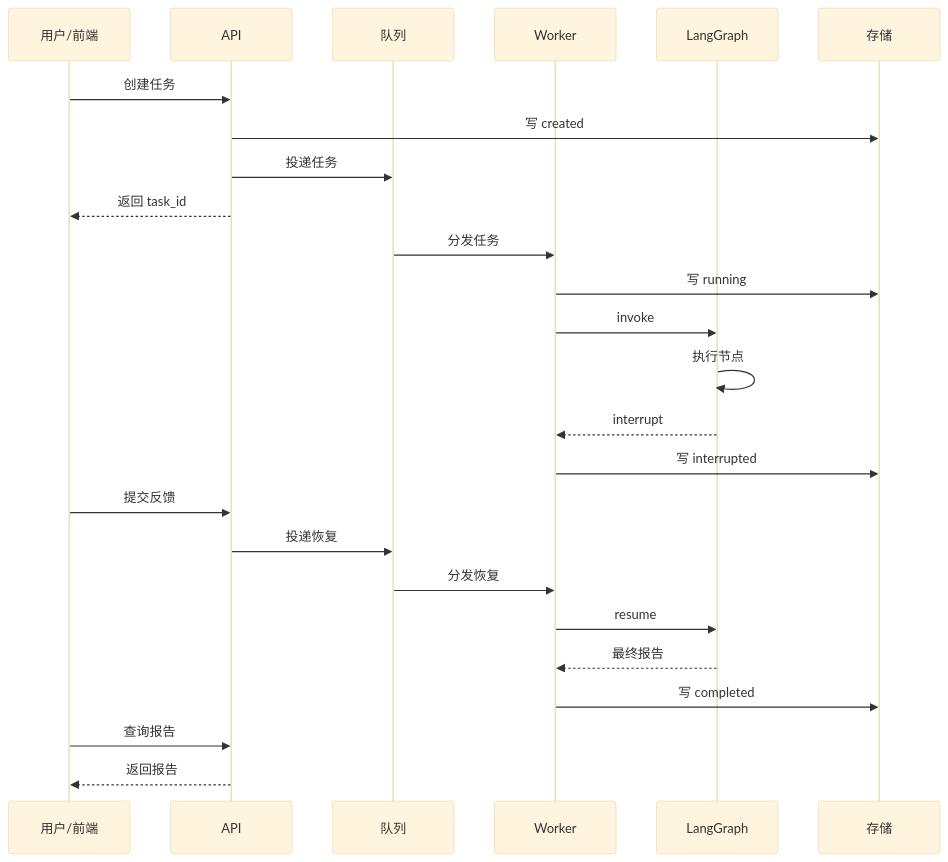
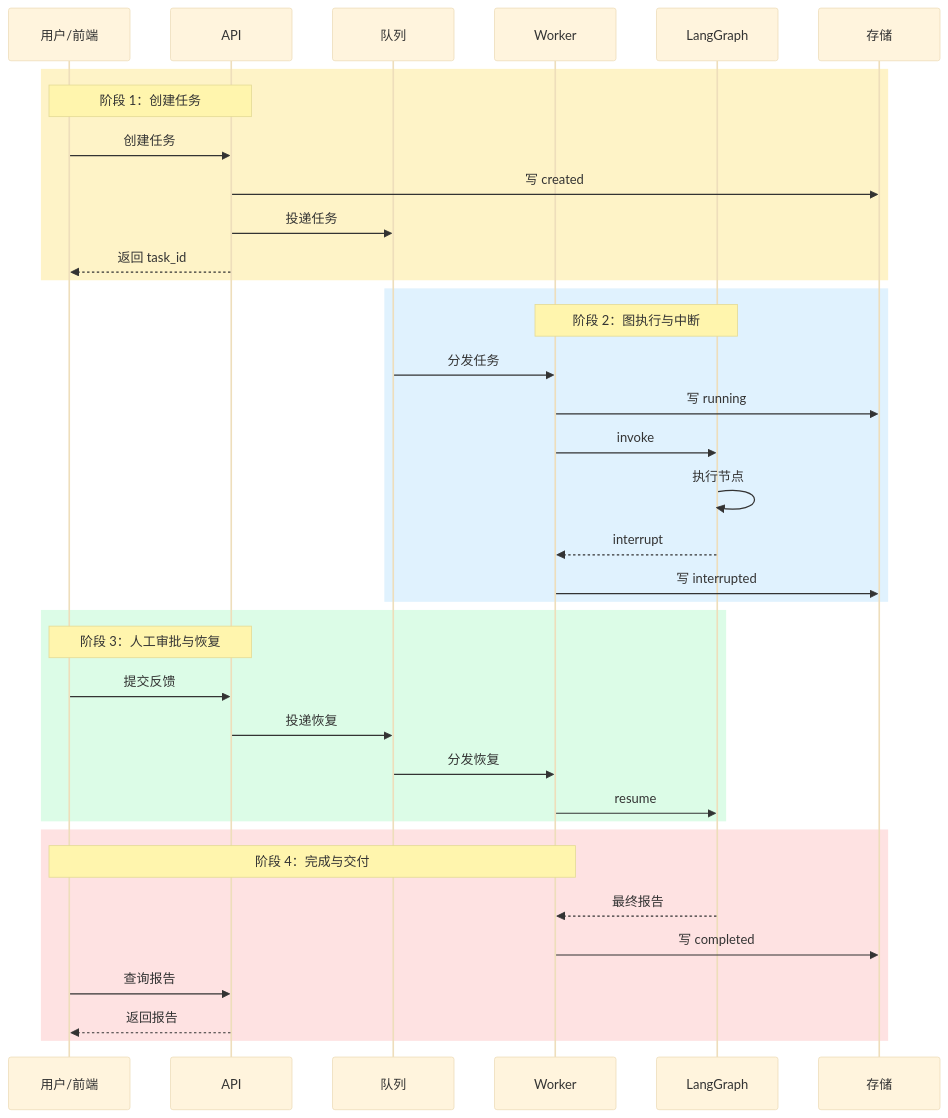
The eighth of 13 diagrams in ai-agent学习/06.LangGraph入门/16.LangGraph业务落地项目架构.md (sealzrt/2026-08--agent), drawn with Mermaid (base theme) before and after one commit. The commit also changed other lines of this file and 13 other files, not shown here.

````diff
--- a/ai-agent学习/06.LangGraph入门/16.LangGraph业务落地项目架构.md
+++ b/ai-agent学习/06.LangGraph入门/16.LangGraph业务落地项目架构.md
@@ -255,28 +294,43 @@
 ```mermaid
 sequenceDiagram
     participant U as 用户/前端
     participant A as API
     participant Q as 队列
     participant W as Worker
     participant G as LangGraph
     participant S as 存储
 
+    rect rgb(254, 243, 199)
+    Note over U,A: 阶段 1：创建任务
     U->>A: 创建任务
     A->>S: 写 created
     A->>Q: 投递任务
     A-->>U: 返回 task_id
+    end
+
+    rect rgb(224, 242, 254)
+    Note over W,G: 阶段 2：图执行与中断
     Q->>W: 分发任务
     W->>S: 写 running
     W->>G: invoke
     G->>G: 执行节点
     G-->>W: interrupt
     W->>S: 写 interrupted
+    end
+
+    rect rgb(220, 252, 231)
+    Note over U,A: 阶段 3：人工审批与恢复
     U->>A: 提交反馈
     A->>Q: 投递恢复
     Q->>W: 分发恢复
     W->>G: resume
+    end
+
+    rect rgb(254, 226, 226)
+    Note over W,U: 阶段 4：完成与交付
     G-->>W: 最终报告
     W->>S: 写 completed
     U->>A: 查询报告
     A-->>U: 返回报告
+    end
 ```
````
